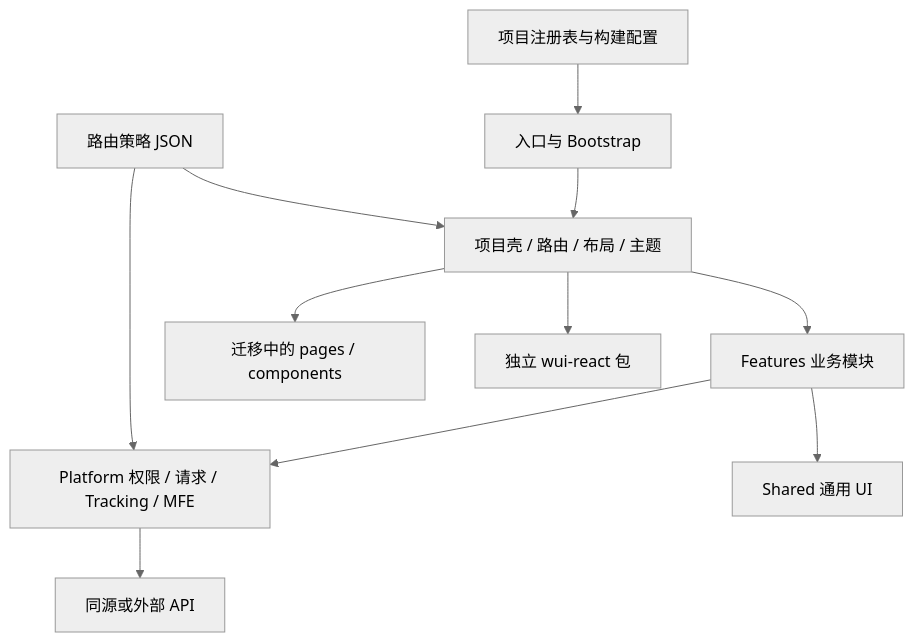
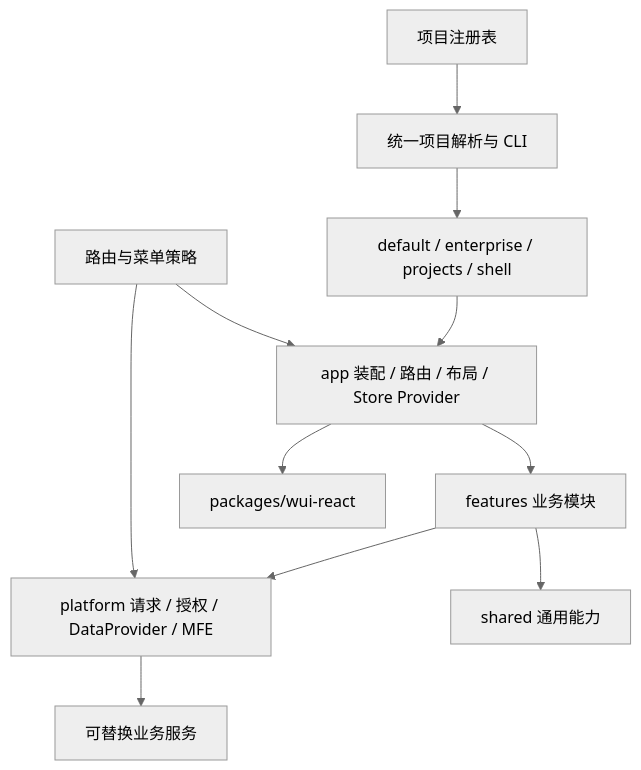
The diagram in docs/ARCHITECTURE.md (wkylin/pro-react-admin), drawn with Mermaid (neutral theme) before and after one commit. The commit also changed other lines of this file and 219 other files, not shown here.

````diff
--- a/docs/ARCHITECTURE.md
+++ b/docs/ARCHITECTURE.md
@@ -9,13 +9,13 @@
 ```mermaid
 flowchart TD
-  Registry[项目注册表与构建配置] --> Bootstrap[入口与 Bootstrap]
-  Bootstrap --> App[项目壳 / 路由 / 布局 / 主题]
-  App --> Features[Features 业务模块]
-  App --> Legacy[迁移中的 pages / components]
-  Features --> Platform[Platform 权限 / 请求 / Tracking / MFE]
-  Features --> Shared[Shared 通用 UI]
-  App --> UI[独立 wui-react 包]
-  Platform --> Backend[同源或外部 API]
-  Policy[路由策略 JSON] --> App
+  Registry[项目注册表] --> Build[统一项目解析与 CLI]
+  Build --> Roots[default / enterprise / projects / shell]
+  Roots --> App[app 装配 / 路由 / 布局 / Store Provider]
+  App --> Features[features 业务模块]
+  Features --> Platform[platform 请求 / 授权 / DataProvider / MFE]
+  Features --> Shared[shared 通用能力]
+  App --> Package[packages/wui-react]
+  Policy[路由与菜单策略] --> App
   Policy --> Platform
+  Platform --> Service[可替换业务服务]
 ```
````
